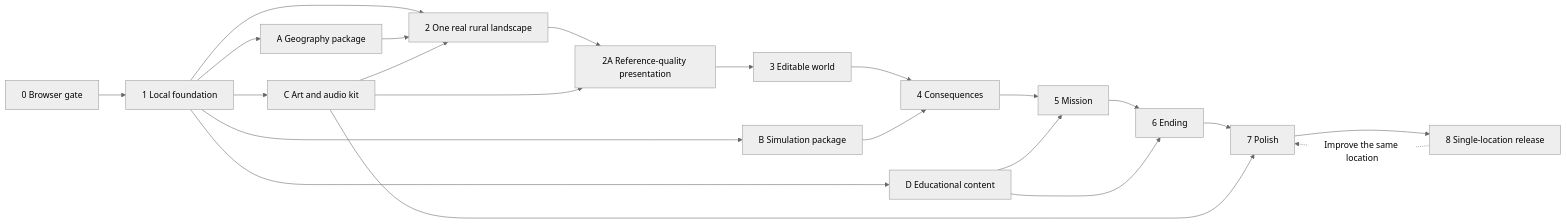
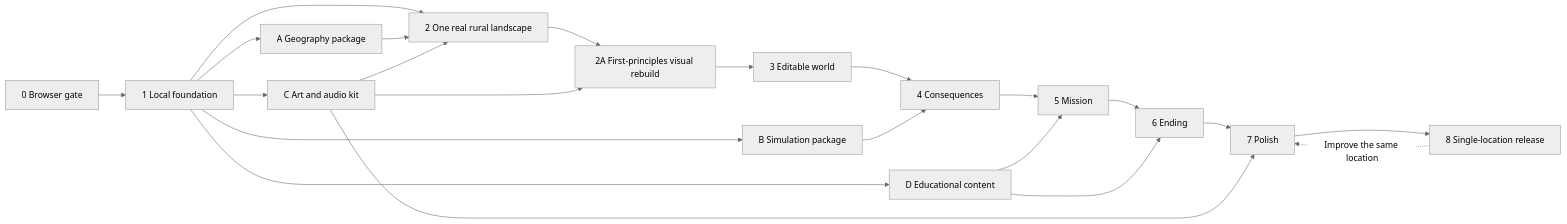
One commit to namanpro47/MyTerrain changed the diagram in IMPLEMENTATION_PLAN.md. Above: the diagram before and after it, drawn with Mermaid (neutral theme). The commit also changed other lines of this file and 672 other files, not shown here.

Commit message:
Checkpoint Terra visual rebuild, nature assets, and progress evidence

````diff
--- a/IMPLEMENTATION_PLAN.md
+++ b/IMPLEMENTATION_PLAN.md
@@ -53,24 +53,24 @@
 ```mermaid
 flowchart LR
   P0[0 Browser gate] --> P1[1 Local foundation]
   P1 --> P2[2 One real rural landscape]
-  P2 --> P2A[2A Reference-quality presentation]
+  P2 --> P2A[2A First-principles visual rebuild]
   P2A --> P3[3 Editable world]
   P3 --> P4[4 Consequences]
   P4 --> P5[5 Mission]
   P5 --> P6[6 Ending]
   P6 --> P7[7 Polish]
   P7 --> P8[8 Single-location release]
   P8 -. Improve the same location .-> P7
   P1 --> A[A Geography package]
   A --> P2
   P1 --> B[B Simulation package]
   B --> P4
   P1 --> C[C Art and audio kit]
   C --> P2
   C --> P2A
   C --> P7
   P1 --> D[D Educational content]
   D --> P5
   D --> P6
 ```
````
